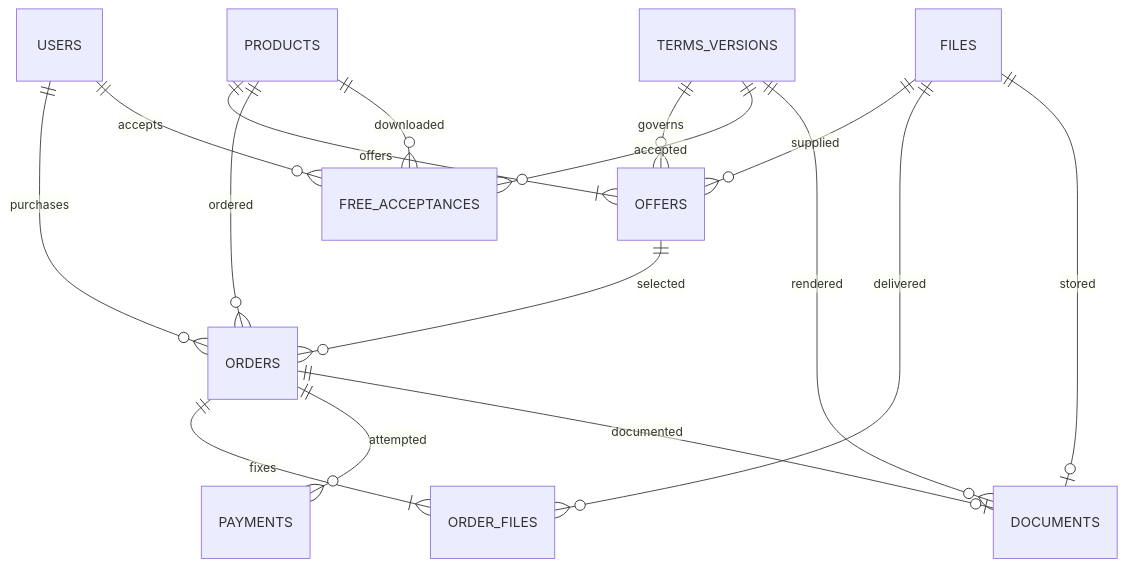
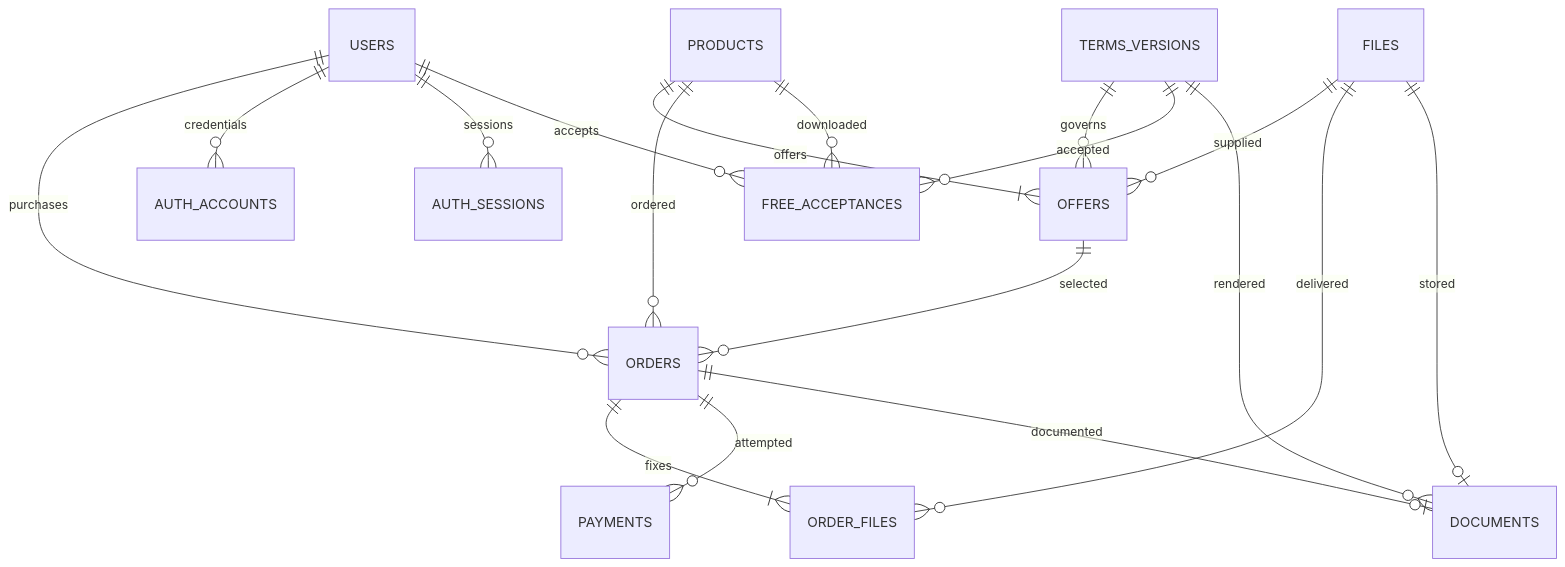
The diagram in docs/data-model.md (sry4thedlyy/beatstore), drawn with Mermaid before and after one commit. The commit also changed other lines of this file and 33 other files, not shown here.

````diff
--- a/docs/data-model.md
+++ b/docs/data-model.md
@@ -141,18 +150,20 @@
 ```mermaid
 erDiagram
     USERS ||--o{ ORDERS : purchases
+    USERS ||--o{ AUTH_ACCOUNTS : credentials
+    USERS ||--o{ AUTH_SESSIONS : sessions
     USERS ||--o{ FREE_ACCEPTANCES : accepts
     PRODUCTS ||--|{ OFFERS : offers
     PRODUCTS ||--o{ ORDERS : ordered
     PRODUCTS ||--o{ FREE_ACCEPTANCES : downloaded
     OFFERS ||--o{ ORDERS : selected
     FILES ||--o{ OFFERS : supplied
     TERMS_VERSIONS ||--o{ OFFERS : governs
     TERMS_VERSIONS ||--o{ FREE_ACCEPTANCES : accepted
     ORDERS ||--|{ ORDER_FILES : fixes
     FILES ||--o{ ORDER_FILES : delivered
     ORDERS ||--o{ PAYMENTS : attempted
     ORDERS ||--o| DOCUMENTS : documented
     TERMS_VERSIONS ||--o{ DOCUMENTS : rendered
     FILES ||--o| DOCUMENTS : stored
 ```
````
